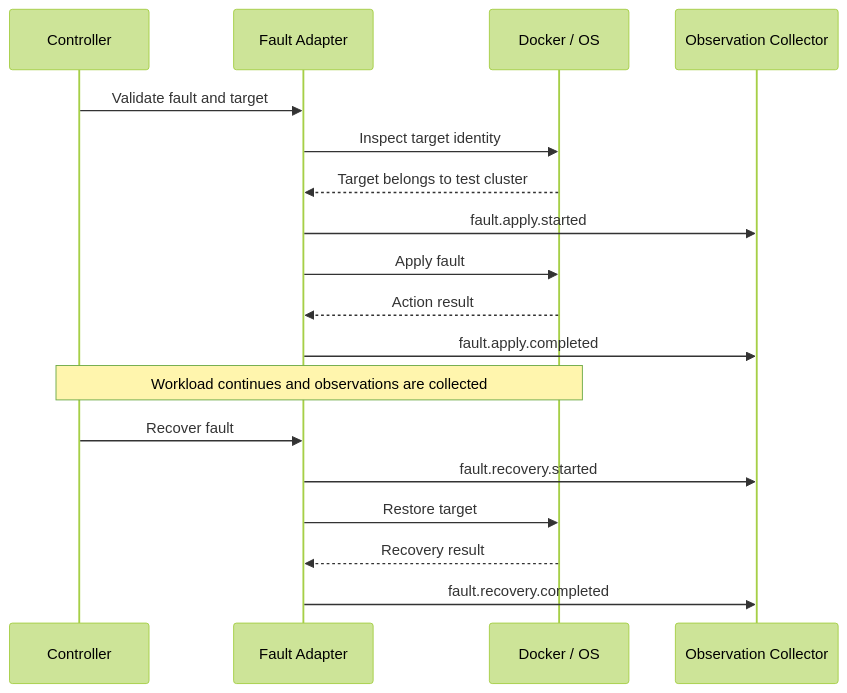
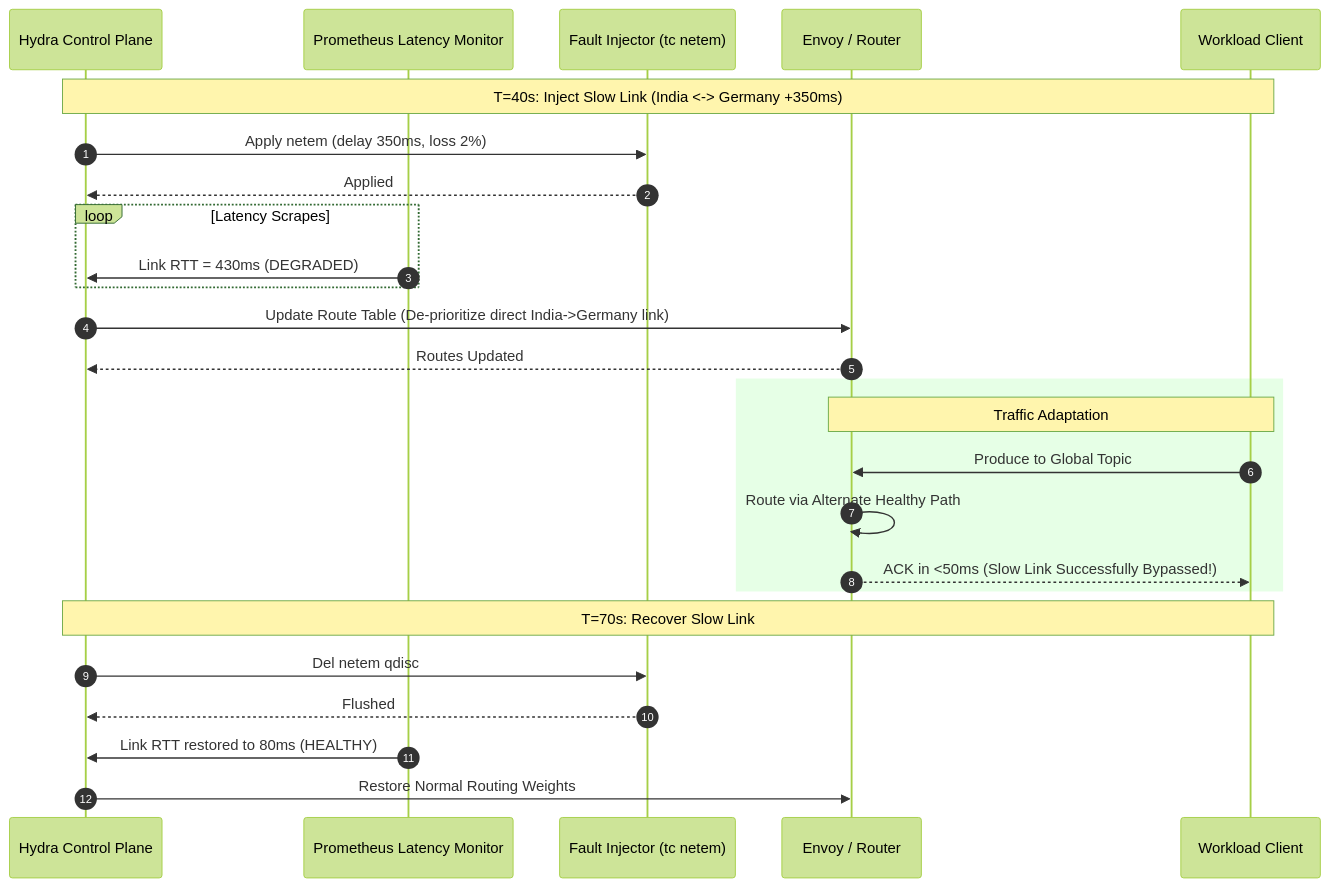
One commit to ansh0014/Hydra-Stream changed the diagram in docs/06-fault-injection.md. Above: the diagram before and after it, drawn with Mermaid (forest theme). The commit also changed other lines of this file and 12 other files, not shown here.

Commit message:
docs: align documentation with multi-region geo-resilience and Hydra Control Plane architecture

````diff
--- a/docs/06-fault-injection.md
+++ b/docs/06-fault-injection.md
@@ -9,21 +40,33 @@
 ```mermaid
 sequenceDiagram
-    participant C as Controller
-    participant F as Fault Adapter
-    participant D as Docker / OS
-    participant O as Observation Collector
+    autonumber
+    participant C as Hydra Control Plane
+    participant P as Prometheus Latency Monitor
+    participant F as Fault Injector (tc netem)
+    participant E as Envoy / Router
+    participant W as Workload Client
 
-    C->>F: Validate fault and target
-    F->>D: Inspect target identity
-    D-->>F: Target belongs to test cluster
-    F->>O: fault.apply.started
-    F->>D: Apply fault
-    D-->>F: Action result
-    F->>O: fault.apply.completed
-    Note over C,D: Workload continues and observations are collected
-    C->>F: Recover fault
-    F->>O: fault.recovery.started
-    F->>D: Restore target
-    D-->>F: Recovery result
-    F->>O: fault.recovery.completed
+    Note over C,W: T=40s: Inject Slow Link (India <-> Germany +350ms)
+    C->>F: Apply netem (delay 350ms, loss 2%)
+    F-->>C: Applied
+    
+    loop Latency Scrapes
+        P->>C: Link RTT = 430ms (DEGRADED)
+    end
+
+    C->>E: Update Route Table (De-prioritize direct India->Germany link)
+    E-->>C: Routes Updated
+
+    rect rgb(230, 255, 230)
+        Note over W,E: Traffic Adaptation
+        W->>E: Produce to Global Topic
+        E->>E: Route via Alternate Healthy Path
+        E-->>W: ACK in <50ms (Slow Link Successfully Bypassed!)
+    end
+
+    Note over C,W: T=70s: Recover Slow Link
+    C->>F: Del netem qdisc
+    F-->>C: Flushed
+    P->>C: Link RTT restored to 80ms (HEALTHY)
+    C->>E: Restore Normal Routing Weights
 ```
````
